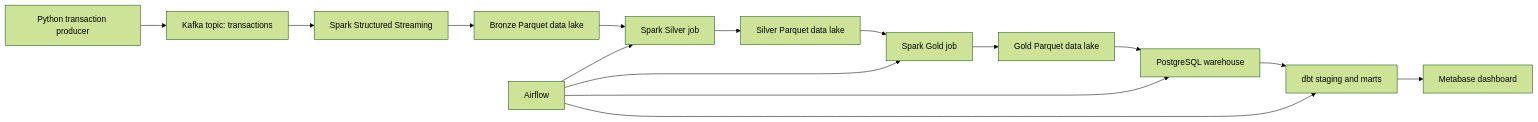
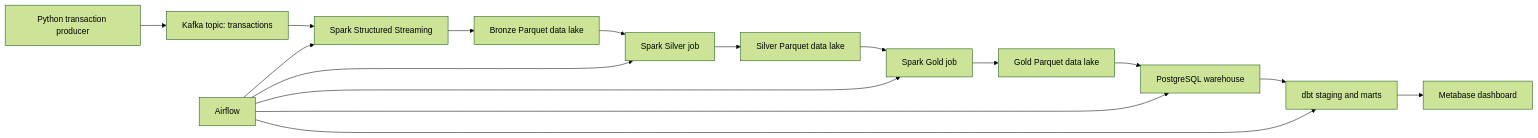
Before and after one commit to gabensaw/fintech-data-platform: the diagram in README.md, drawn with Mermaid (forest theme).

Commit message:
Fix README architecture diagram

````diff
--- a/README.md
+++ b/README.md
@@ -28,17 +28,19 @@
 ```mermaid
 flowchart LR
     A[Python transaction producer] --> B[Kafka topic: transactions]
     B --> C[Spark Structured Streaming]
     C --> D[Bronze Parquet data lake]
     D --> E[Spark Silver job]
     E --> F[Silver Parquet data lake]
     F --> G[Spark Gold job]
     G --> H[Gold Parquet data lake]
     H --> I[PostgreSQL warehouse]
     I --> J[dbt staging and marts]
     J --> K[Metabase dashboard]
-    L[Airflow] --> E
+    L[Airflow]
+    L --> C
+    L --> E
     L --> G
     L --> I
     L --> J
 ```
````
